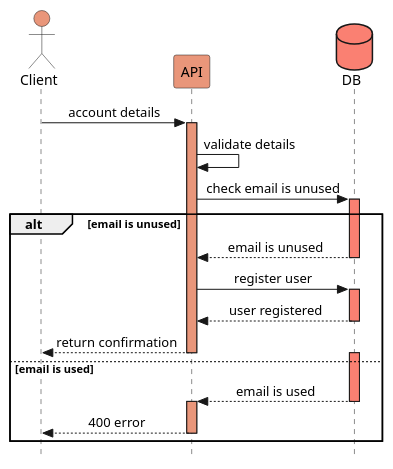
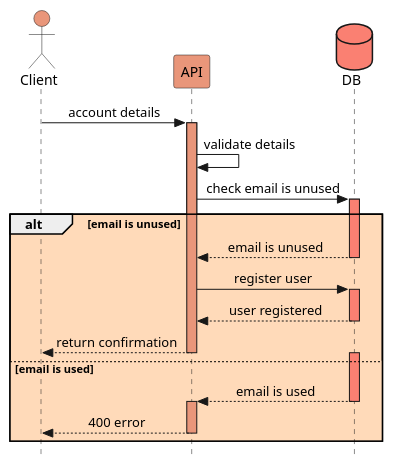
One commit to Arquisoft/wiq_en2b changed the diagram in docs/diagrams/SequenceDiagramSignUp.puml. Above: the diagram before and after it, drawn with PlantUML. The commit also changed 1 other file, not shown here.

```diff
--- a/docs/diagrams/SequenceDiagramSignUp.puml
+++ b/docs/diagrams/SequenceDiagramSignUp.puml
@@ -1,32 +1,32 @@
 @startuml sign up
 
 actor Client #darksalmon
 participant API #darksalmon
 database DB #salmon
 skinparam Style strictuml
 skinparam SequenceMessageAlignment center
 
 Client -> API : account details
 activate API #darksalmon
 API -> API : validate details
 API -> DB  : check email is unused
-alt email is unused
+alt #PeachPuff email is unused
     activate DB #salmon
     DB --> API  : email is unused
     deactivate DB
 
     API -> DB  : register user
     activate DB #salmon
     DB --> API  : user registered
     deactivate DB
     API --> Client  : return confirmation
     deactivate API
 else email is used
     activate DB #salmon
     DB --> API  : email is used
     deactivate DB
     activate API #darksalmon
     API --> Client  : 400 error
     deactivate API
 end
 @enduml
```
